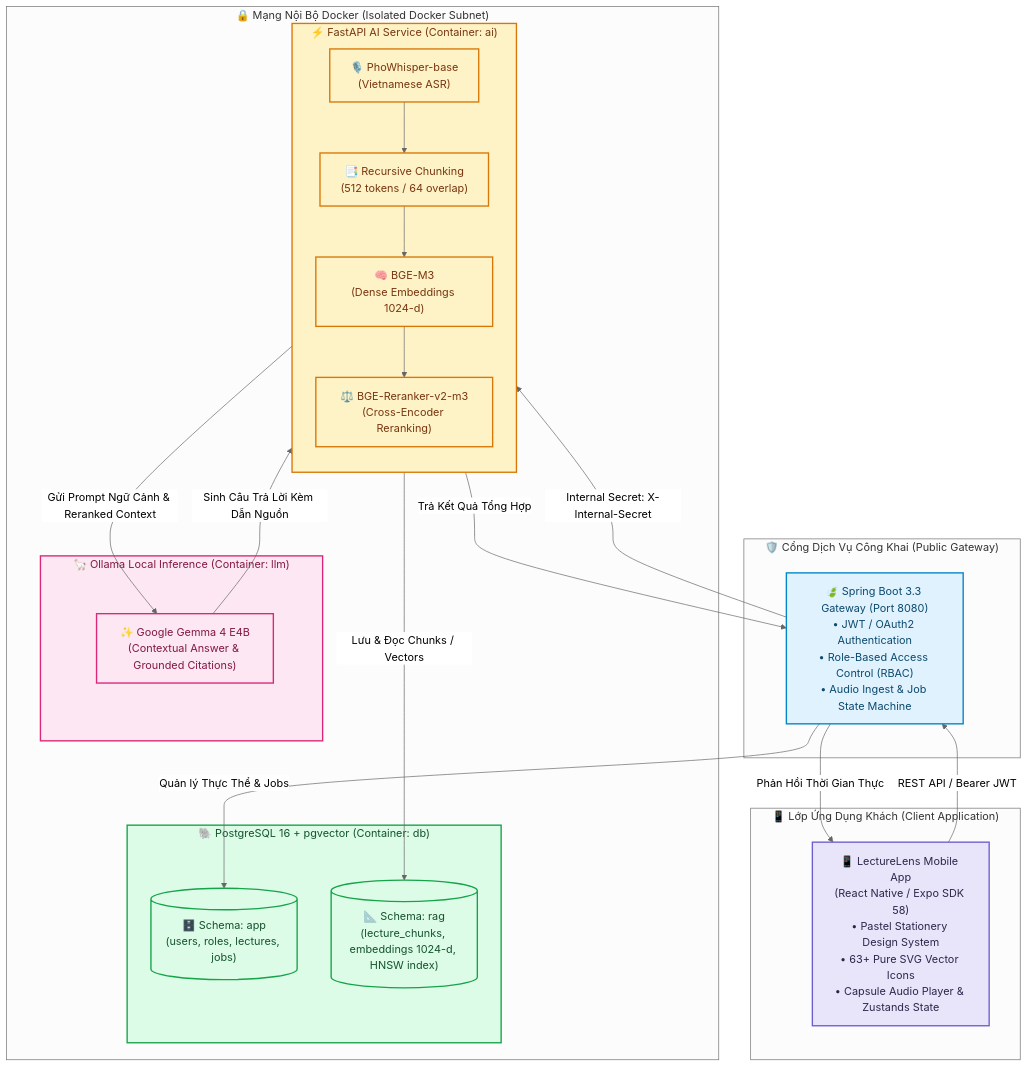
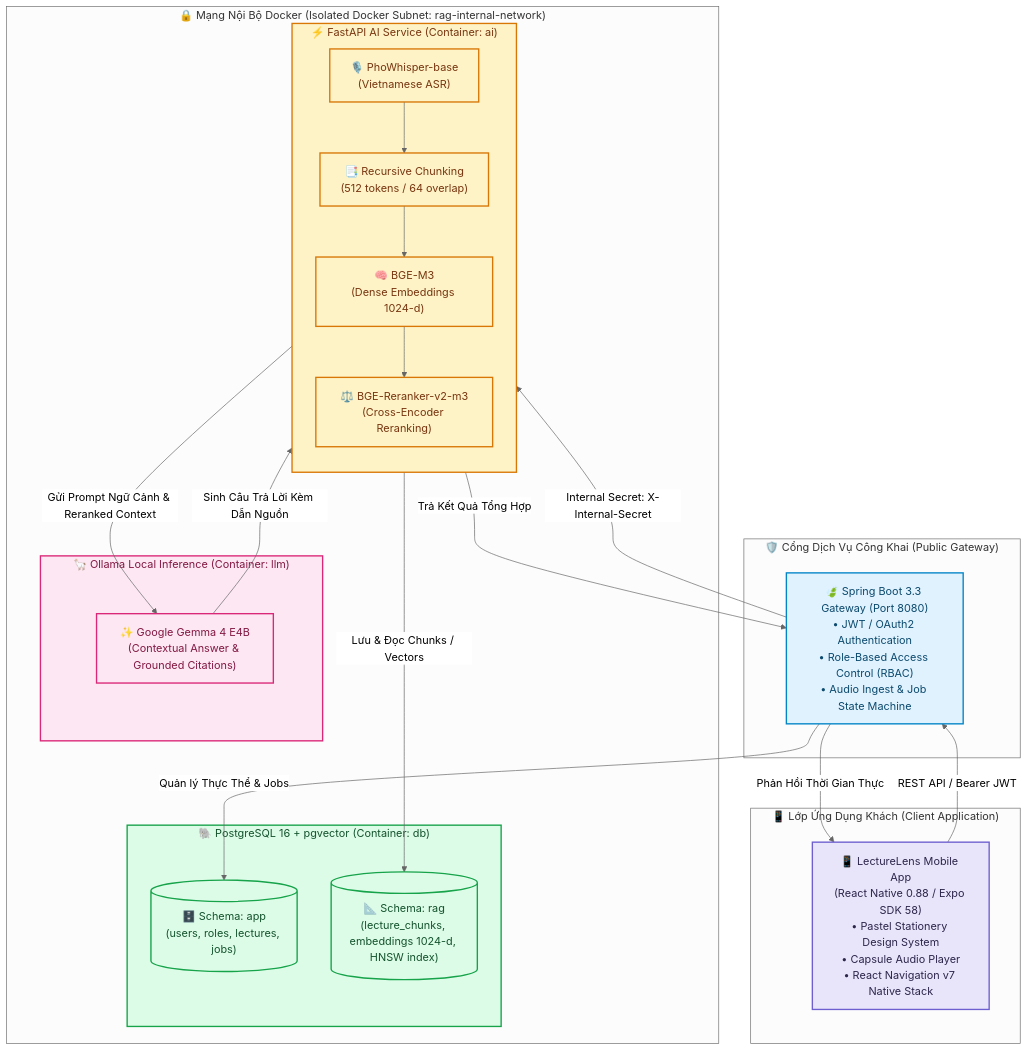
The diagram in README.md (cthanhdev/Lecture_Lens), drawn with Mermaid (neutral theme) before and after one commit. The commit also changed other lines of this file and 177 other files, not shown here.

Commit message:
feat(db): design pgvector architecture for Vietnamese RAG

````diff
--- a/README.md
+++ b/README.md
@@ -109,52 +102,52 @@
 ```mermaid
 flowchart TB
     subgraph ClientLayer ["📱 Lớp Ứng Dụng Khách (Client Application)"]
-        MOBILE["📱 LectureLens Mobile App<br/>(React Native / Expo SDK 58)<br/>• Pastel Stationery Design System<br/>• 63+ Pure SVG Vector Icons<br/>• Capsule Audio Player & Zustands State"]
+        MOBILE["📱 LectureLens Mobile App<br/>(React Native 0.88 / Expo SDK 58)<br/>• Pastel Stationery Design System<br/>• Capsule Audio Player<br/>• React Navigation v7 Native Stack"]
     end
 
     subgraph PublicGateway ["🛡️ Cổng Dịch Vụ Công Khai (Public Gateway)"]
         SPRING["🍃 Spring Boot 3.3 Gateway (Port 8080)<br/>• JWT / OAuth2 Authentication<br/>• Role-Based Access Control (RBAC)<br/>• Audio Ingest & Job State Machine"]
     end
 
-    subgraph PrivateSubnet ["🔒 Mạng Nội Bộ Docker (Isolated Docker Subnet)"]
+    subgraph PrivateSubnet ["🔒 Mạng Nội Bộ Docker (Isolated Docker Subnet: rag-internal-network)"]
         subgraph AIService ["⚡ FastAPI AI Service (Container: ai)"]
             direction TB
             STT["🎙️ PhoWhisper-base<br/>(Vietnamese ASR)"]
             CHUNK["📑 Recursive Chunking<br/>(512 tokens / 64 overlap)"]
             EMB["🧠 BGE-M3<br/>(Dense Embeddings 1024-d)"]
             RERANK["⚖️ BGE-Reranker-v2-m3<br/>(Cross-Encoder Reranking)"]
             STT --> CHUNK --> EMB
             EMB --> RERANK
         end
 
         subgraph DB ["🐘 PostgreSQL 16 + pgvector (Container: db)"]
             SCHEMA_APP[("🗄️ Schema: app<br/>(users, roles, lectures, jobs)")]
             SCHEMA_RAG[("📐 Schema: rag<br/>(lecture_chunks, embeddings 1024-d, HNSW index)")]
         end
 
         subgraph LLM ["🦙 Ollama Local Inference (Container: llm)"]
             GEMMA["✨ Google Gemma 4 E4B<br/>(Contextual Answer & Grounded Citations)"]
         end
     end
 
     MOBILE -->|REST API / Bearer JWT| SPRING
     SPRING -->|Internal Secret: X-Internal-Secret| AIService
     AIService -->|Lưu & Đọc Chunks / Vectors| SCHEMA_RAG
     SPRING -->|Quản lý Thực Thể & Jobs| SCHEMA_APP
     AIService -->|Gửi Prompt Ngữ Cảnh & Reranked Context| GEMMA
     GEMMA -->|Sinh Câu Trả Lời Kèm Dẫn Nguồn| AIService
     AIService -->|Trả Kết Quả Tổng Hợp| SPRING
     SPRING -->|Phản Hồi Thời Gian Thực| MOBILE
 
     classDef client fill:#E8E5FA,stroke:#6D5FD0,stroke-width:2px,color:#2D264B;
     classDef gateway fill:#E0F2FE,stroke:#0284C7,stroke-width:2px,color:#0C4A6E;
     classDef ai fill:#FEF3C7,stroke:#D97706,stroke-width:2px,color:#78350F;
     classDef db fill:#DCFCE7,stroke:#16A34A,stroke-width:2px,color:#14532D;
     classDef llm fill:#FCE7F3,stroke:#DB2777,stroke-width:2px,color:#831843;
 
     class MOBILE client;
     class SPRING gateway;
     class AIService,STT,CHUNK,EMB,RERANK ai;
     class DB,SCHEMA_APP,SCHEMA_RAG db;
     class LLM,GEMMA llm;
 ```
````
